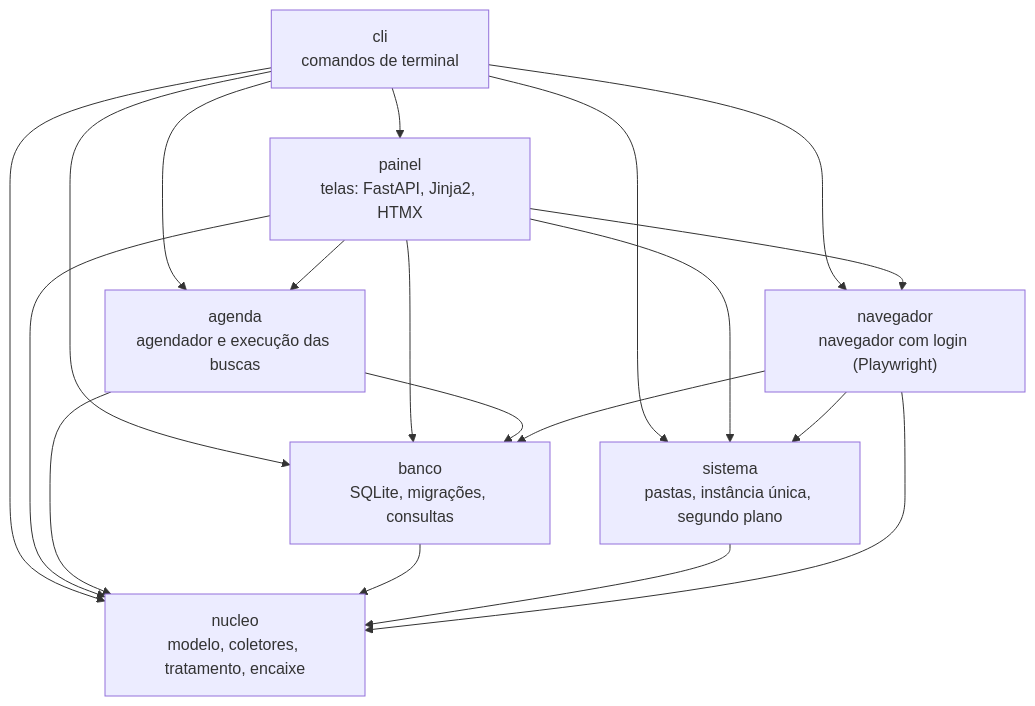
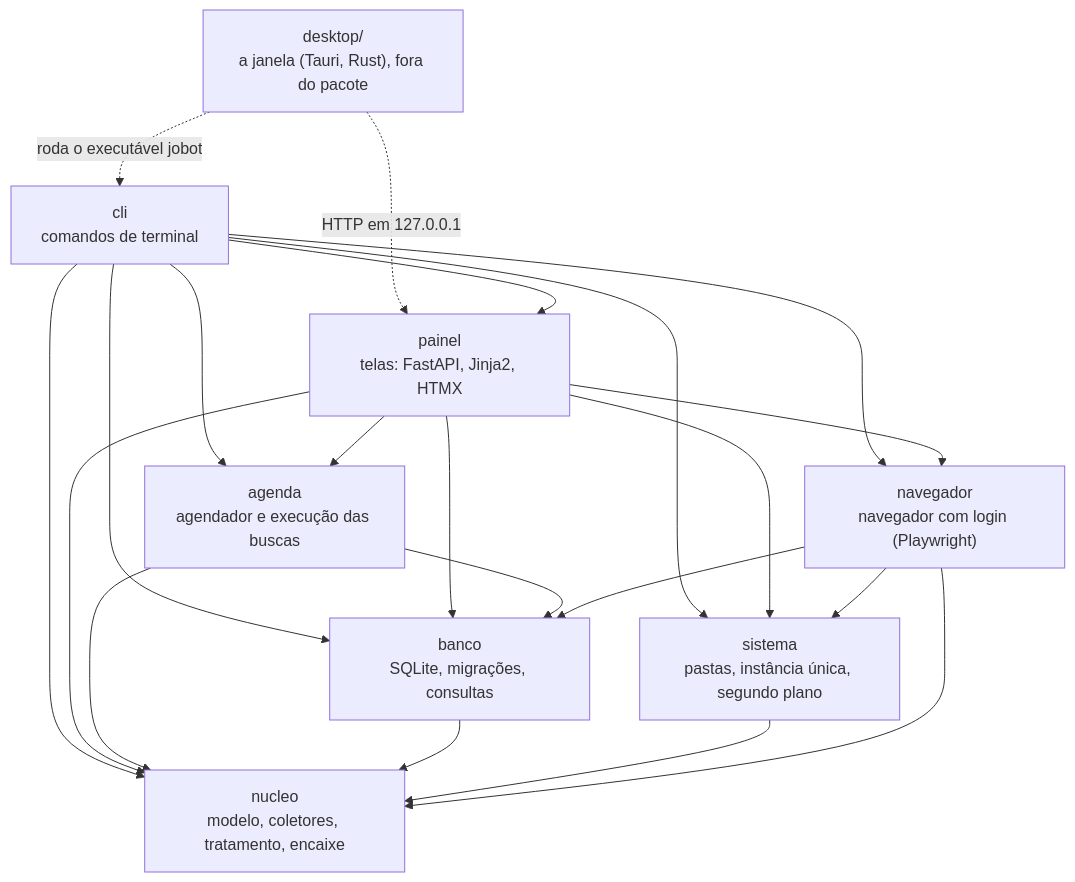
One commit to fezarosa-dev/joBot changed the first of 5 diagrams in wiki/Arquitetura.md. Above: the diagram before and after it, drawn with Mermaid. The commit also changed other lines of this file and 19 other files, not shown here.

````diff
--- a/wiki/Arquitetura.md
+++ b/wiki/Arquitetura.md
@@ -43,29 +47,32 @@
 ```mermaid
 flowchart TD
     %% camadas
     cli["cli<br/>comandos de terminal"]
     painel["painel<br/>telas: FastAPI, Jinja2, HTMX"]
     agenda["agenda<br/>agendador e execução das buscas"]
     sistema["sistema<br/>pastas, instância única, segundo plano"]
     banco["banco<br/>SQLite, migrações, consultas"]
     navegador["navegador<br/>navegador com login (Playwright)"]
     nucleo["nucleo<br/>modelo, coletores, tratamento, encaixe"]
+    desktop["desktop/<br/>a janela (Tauri, Rust), fora do pacote"]
+    desktop -.->|HTTP em 127.0.0.1| painel
+    desktop -.->|roda o executável jobot| cli
     cli --> painel
     cli --> agenda
     cli --> sistema
     cli --> banco
     cli --> nucleo
     cli --> navegador
     painel --> navegador
     painel --> agenda
     painel --> sistema
     painel --> banco
     painel --> nucleo
     agenda --> banco
     agenda --> nucleo
     banco --> nucleo
     sistema --> nucleo
     navegador --> sistema
     navegador --> nucleo
     navegador --> banco
 ```
````
